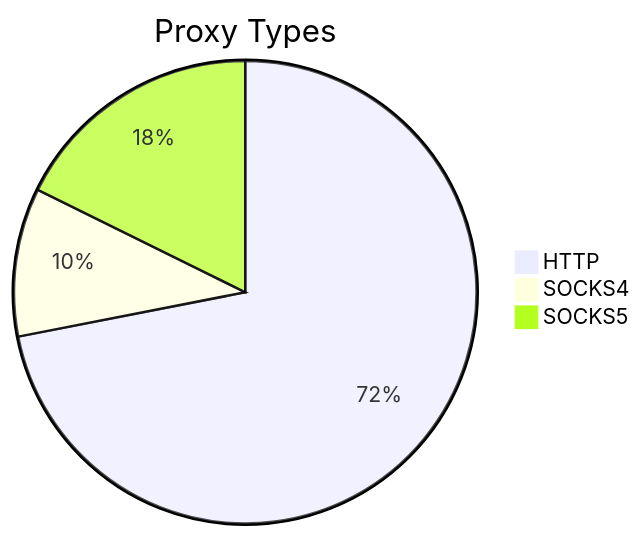
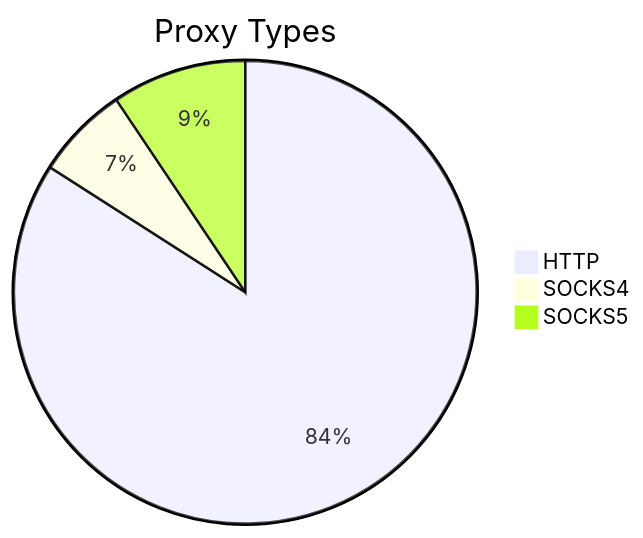
The first of 2 diagrams in README.md (stormsia/proxy-list), drawn with Mermaid before and after one commit. The commit also changed other lines of this file, not shown here.

````diff
--- a/README.md
+++ b/README.md
@@ -21,6 +21,6 @@
 ```mermaid
 pie title Proxy Types
-    "HTTP" : 784
-    "SOCKS4" : 113
-    "SOCKS5" : 193
+    "HTTP" : 501
+    "SOCKS4" : 39
+    "SOCKS5" : 56
 ```
````
